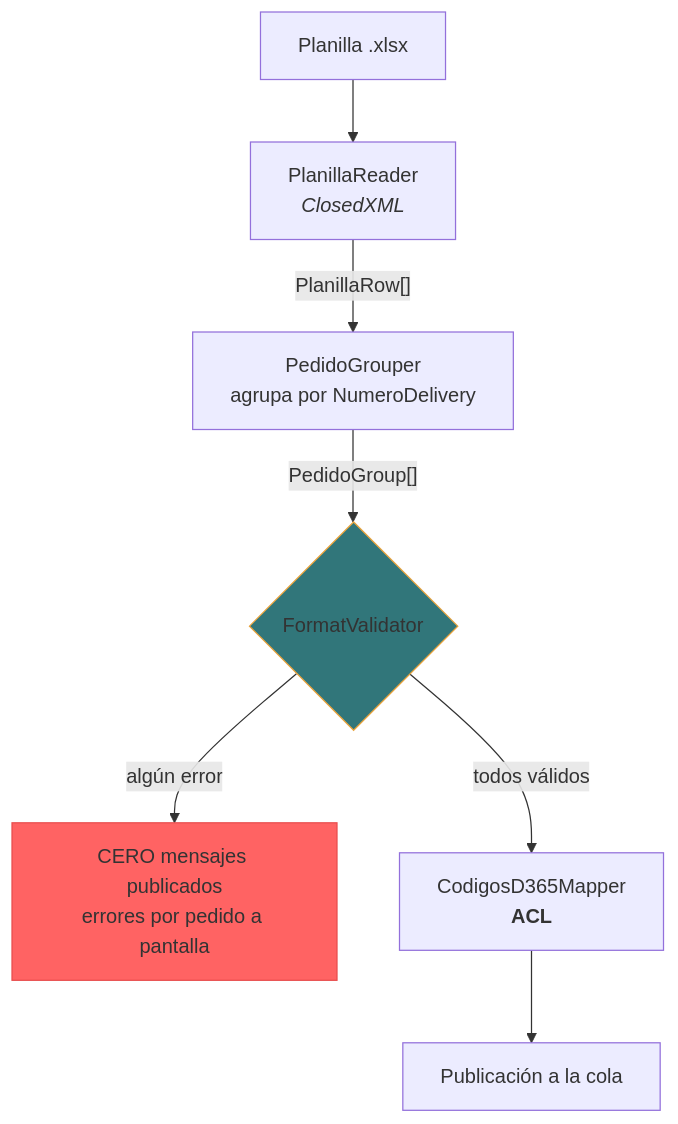
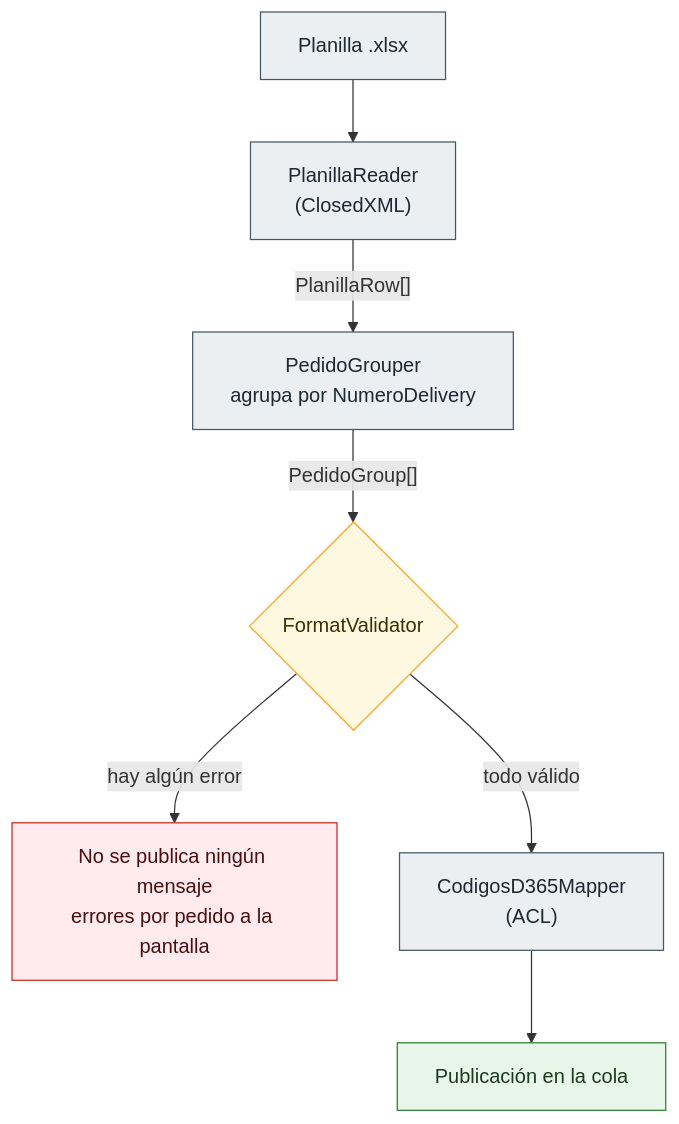
One commit to RicardoRG96/FarmaLog changed the second of 2 diagrams in docs/architecture/arquitectura.md. Above: the diagram before and after it, drawn with Mermaid. The commit also changed other lines of this file, not shown here.

````diff
--- a/docs/architecture/arquitectura.md
+++ b/docs/architecture/arquitectura.md
@@ -57,12 +68,19 @@
 ```mermaid
 flowchart TD
-    XLSX["Planilla .xlsx"] --> R["PlanillaReader<br/><i>ClosedXML</i>"]
+    XLSX["Planilla .xlsx"] --> R["PlanillaReader<br/>(ClosedXML)"]
     R -->|"PlanillaRow[]"| G["PedidoGrouper<br/>agrupa por NumeroDelivery"]
     G -->|"PedidoGroup[]"| V{"FormatValidator"}
-    V -->|"algún error"| STOP["CERO mensajes publicados<br/>errores por pedido a pantalla"]
-    V -->|"todos válidos"| M["CodigosD365Mapper<br/><b>ACL</b>"]
-    M --> P["Publicación a la cola"]
+    V -->|"hay algún error"| STOP["No se publica ningún mensaje<br/>errores por pedido a la pantalla"]
+    V -->|"todo válido"| M["CodigosD365Mapper<br/>(ACL)"]
+    M --> P["Publicación en la cola"]
 
-    style V fill:#31767A,stroke:#e8a33d
-    style STOP fill:#FF6363,stroke:#e84d4d
+    classDef paso fill:#ECEFF1,stroke:#455A64,color:#1C2833
+    classDef decision fill:#FFF8E1,stroke:#F9A825,color:#3E2E00
+    classDef error fill:#FFEBEE,stroke:#C62828,color:#4A0E0E
+    classDef ok fill:#E8F5E9,stroke:#2E7D32,color:#1B3A1F
+
+    class XLSX,R,G,M paso
+    class V decision
+    class STOP error
+    class P ok
 ```
````
